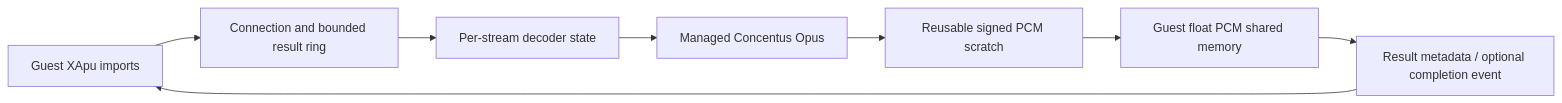
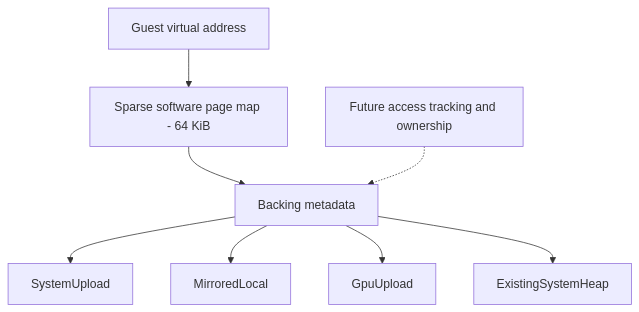
Before and after one commit to DBWilliamEngineering/IraRationis: the third of 4 diagrams in README.md, drawn with Mermaid. The commit also changed other lines of this file and 29 other files, not shown here.

First line of the commit message:
Advance Ira Rationis through the First Light runtime development milestone, establishing native graphics execution, interactive input, improved CPU compatibility, storage contract validation, and foundational media processing.

````diff
--- a/README.md
+++ b/README.md
@@ -368,10 +146,10 @@
 ```mermaid
-flowchart LR
-    A[Guest XApu imports] --> B[Connection and bounded result ring]
-    B --> C[Per-stream decoder state]
-    C --> D[Managed Concentus Opus]
-    D --> E[Reusable signed PCM scratch]
-    E --> F[Guest float PCM shared memory]
-    F --> G[Result metadata / optional completion event]
-    G --> A
+flowchart TD
+    A[Guest virtual address] --> B[Sparse software page map - 64 KiB]
+    B --> C[Backing metadata]
+    C --> D[SystemUpload]
+    C --> E[MirroredLocal]
+    C --> F[GpuUpload]
+    C --> G[ExistingSystemHeap]
+    H[Future access tracking and ownership] -.-> C
 ```
````
